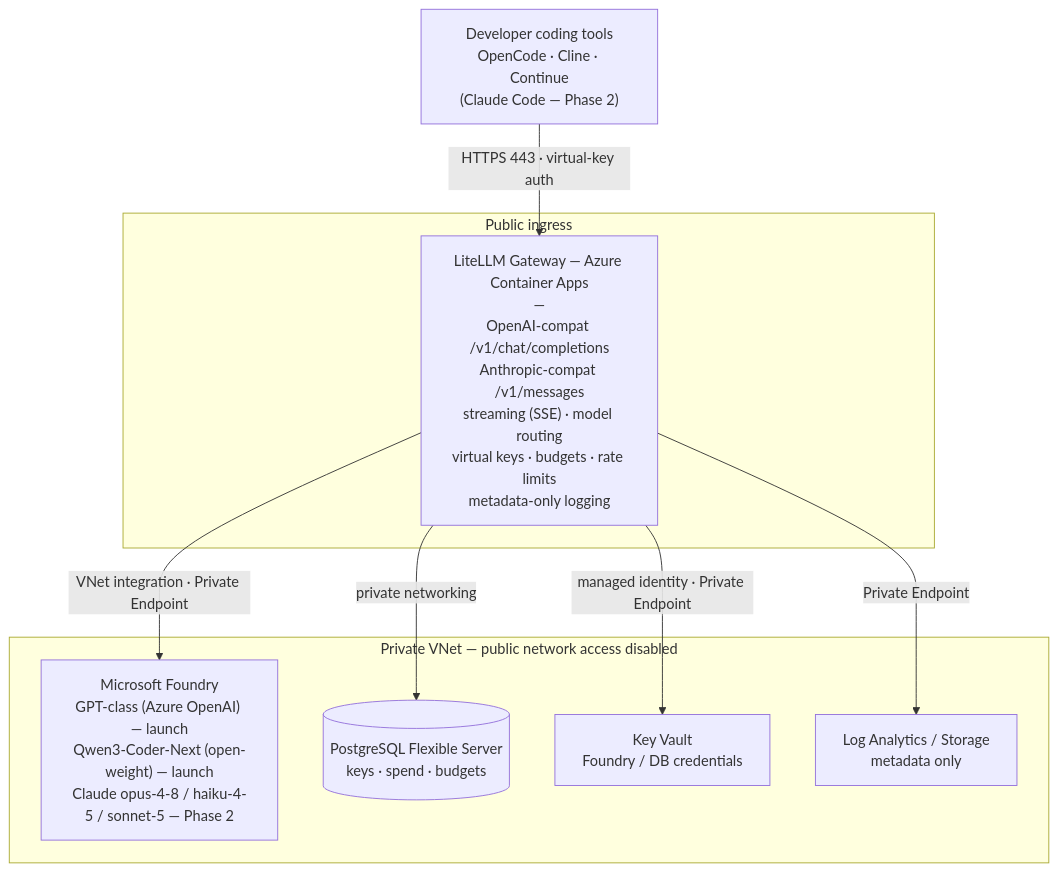
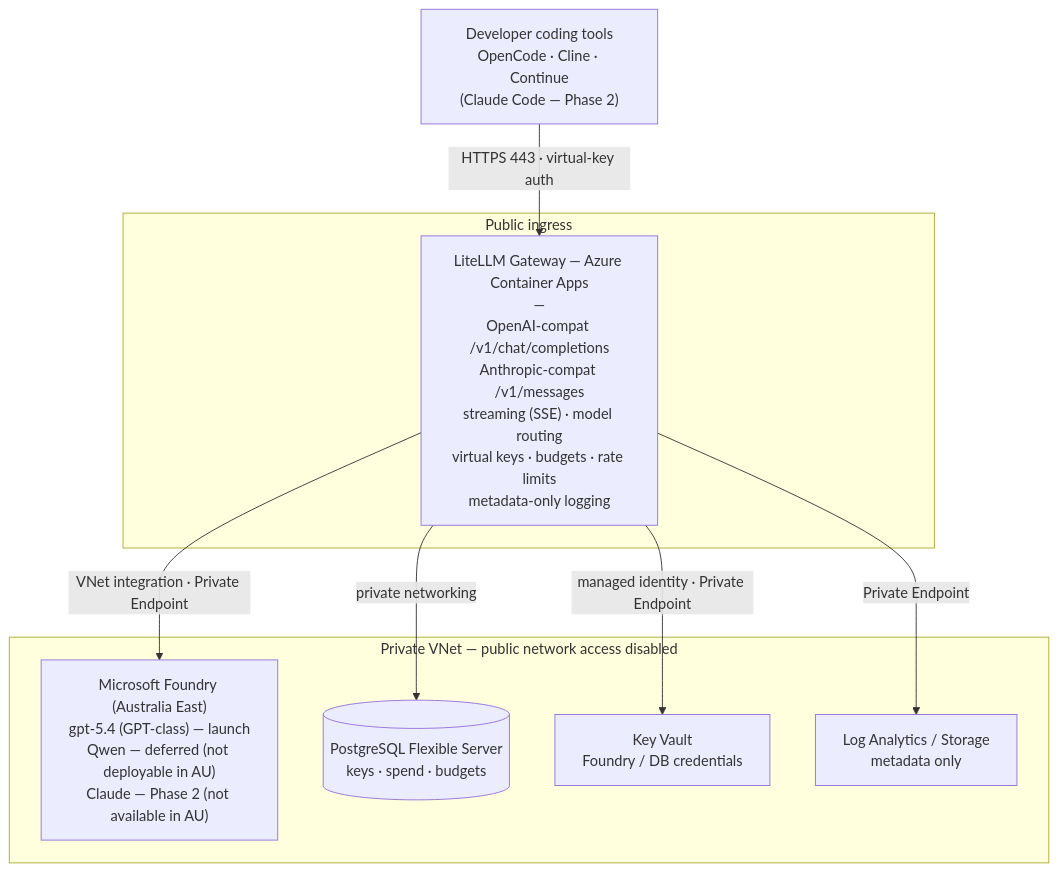
The diagram in docs/TDD.md (Garyljackson/HostedModels), drawn with Mermaid before and after one commit. The commit also changed other lines of this file and 10 other files, not shown here.

First line of the commit message:
PoC: Australia East, GPT-only (gpt-5.4); validated via what-if

````diff
--- a/docs/TDD.md
+++ b/docs/TDD.md
@@ -30,21 +33,21 @@
 ```mermaid
 flowchart TB
     dev["Developer coding tools<br/>OpenCode · Cline · Continue<br/>(Claude Code — Phase 2)"]
 
     subgraph public["Public ingress"]
         gw["LiteLLM Gateway — Azure Container Apps<br/>—<br/>OpenAI-compat /v1/chat/completions<br/>Anthropic-compat /v1/messages<br/>streaming (SSE) · model routing<br/>virtual keys · budgets · rate limits<br/>metadata-only logging"]
     end
 
     subgraph vnet["Private VNet — public network access disabled"]
-        foundry["Microsoft Foundry<br/>GPT-class (Azure OpenAI) — launch<br/>Qwen3-Coder-Next (open-weight) — launch<br/>Claude opus-4-8 / haiku-4-5 / sonnet-5 — Phase 2"]
+        foundry["Microsoft Foundry (Australia East)<br/>gpt-5.4 (GPT-class) — launch<br/>Qwen — deferred (not deployable in AU)<br/>Claude — Phase 2 (not available in AU)"]
         pg[("PostgreSQL Flexible Server<br/>keys · spend · budgets")]
         kv["Key Vault<br/>Foundry / DB credentials"]
         logs["Log Analytics / Storage<br/>metadata only"]
     end
 
     dev -->|"HTTPS 443 · virtual-key auth"| gw
     gw -->|"VNet integration · Private Endpoint"| foundry
     gw -->|"private networking"| pg
     gw -->|"managed identity · Private Endpoint"| kv
     gw -->|"Private Endpoint"| logs
 ```
````
